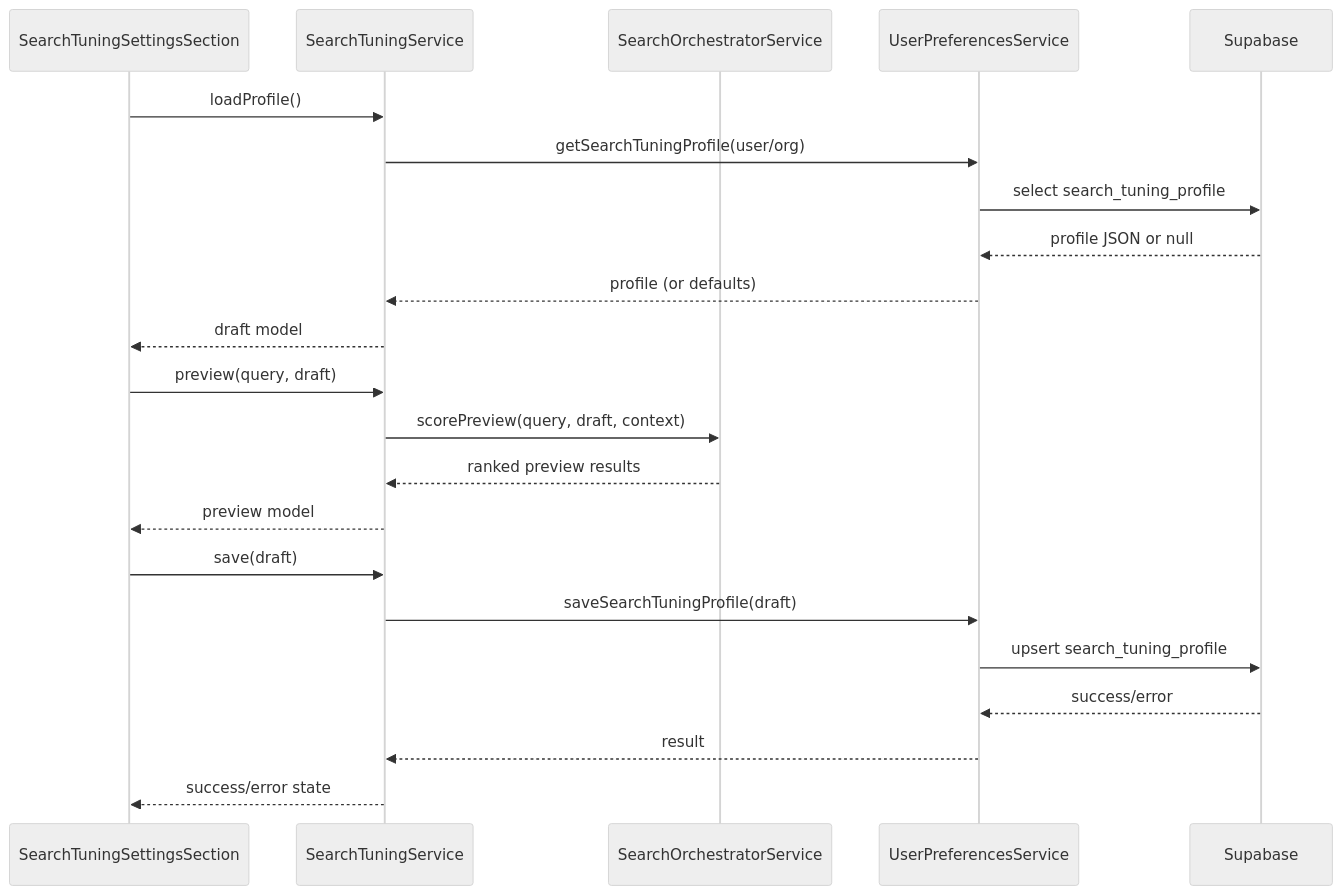
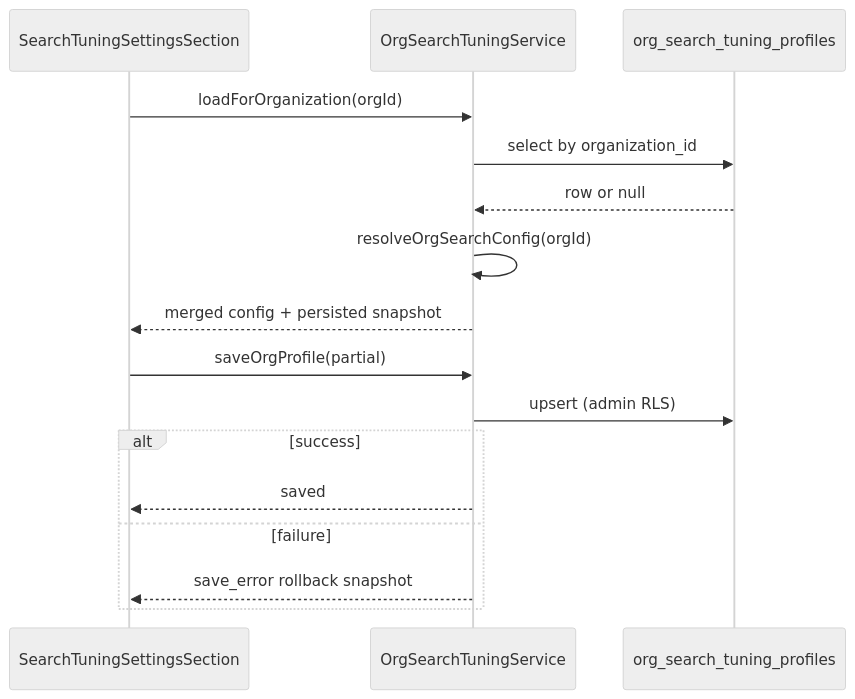
The diagram in docs/specs/ui/search-bar/search-tuning-settings.md (matkleve/feldpost), drawn with Mermaid (neutral theme) before and after one commit. The commit also changed other lines of this file and 35 other files, not shown here.

First line of the commit message:
feat(search-tuning): implement organization-level search tuning service

````diff
--- a/docs/specs/ui/search-bar/search-tuning-settings.md
+++ b/docs/specs/ui/search-bar/search-tuning-settings.md
@@ -91,27 +96,20 @@
 ```mermaid
 sequenceDiagram
-    participant UI as SearchTuningSettingsSection
-    participant TS as SearchTuningService
-    participant ORCH as SearchOrchestratorService
-    participant PREF as UserPreferencesService
-    participant DB as Supabase
+  participant UI as SearchTuningSettingsSection
+  participant SVC as OrgSearchTuningService
+  participant DB as org_search_tuning_profiles
 
-    UI->>TS: loadProfile()
-    TS->>PREF: getSearchTuningProfile(user/org)
-    PREF->>DB: select search_tuning_profile
-    DB-->>PREF: profile JSON or null
-    PREF-->>TS: profile (or defaults)
-    TS-->>UI: draft model
+  UI->>SVC: loadForOrganization(orgId)
+  SVC->>DB: select by organization_id
+  DB-->>SVC: row or null
+  SVC->>SVC: resolveOrgSearchConfig(orgId)
+  SVC-->>UI: merged config + persisted snapshot
 
-    UI->>TS: preview(query, draft)
-    TS->>ORCH: scorePreview(query, draft, context)
-    ORCH-->>TS: ranked preview results
-    TS-->>UI: preview model
-
-    UI->>TS: save(draft)
-    TS->>PREF: saveSearchTuningProfile(draft)
-    PREF->>DB: upsert search_tuning_profile
-    DB-->>PREF: success/error
-    PREF-->>TS: result
-    TS-->>UI: success/error state
+  UI->>SVC: saveOrgProfile(partial)
+  SVC->>DB: upsert (admin RLS)
+  alt success
+    SVC-->>UI: saved
+  else failure
+    SVC-->>UI: save_error rollback snapshot
+  end
 ```
````
